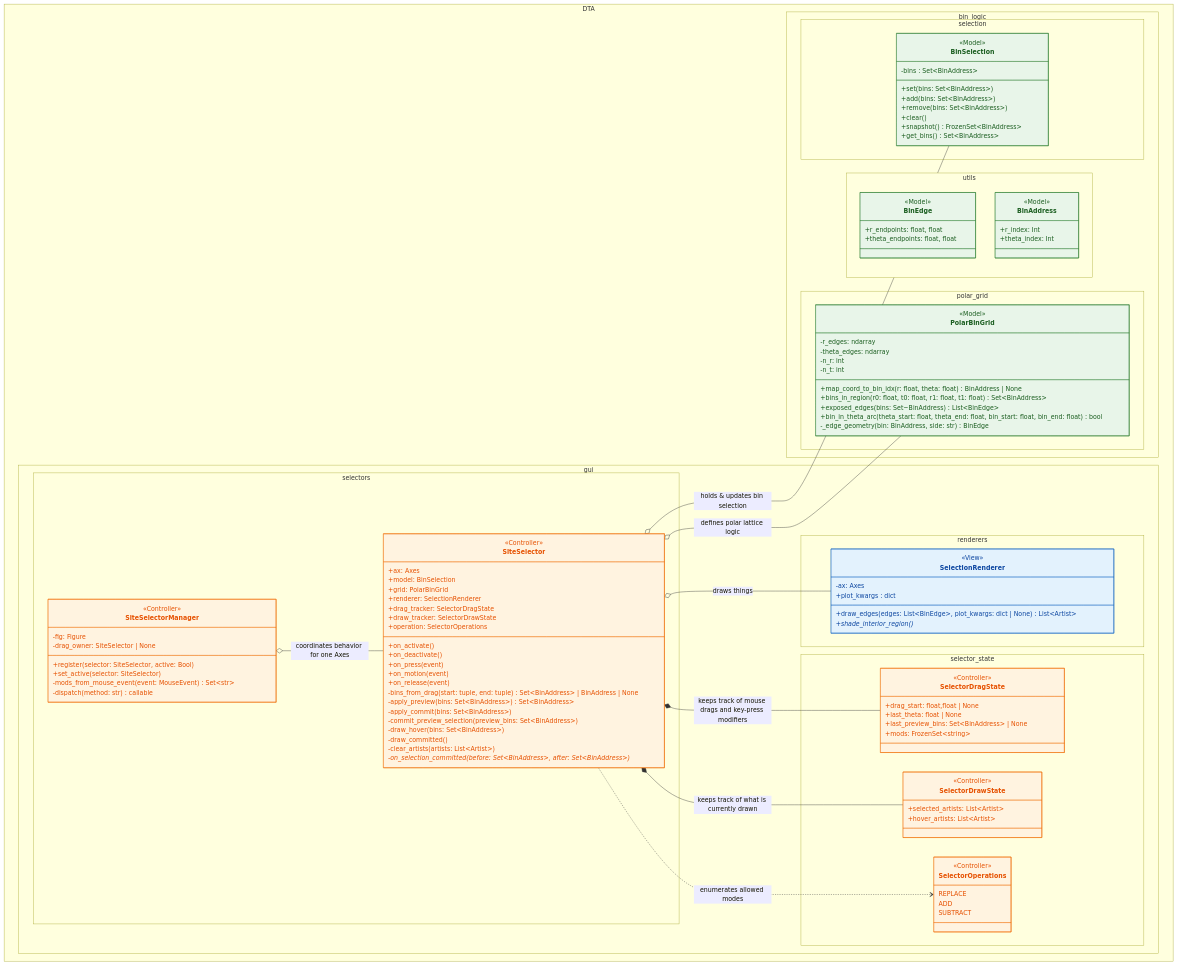
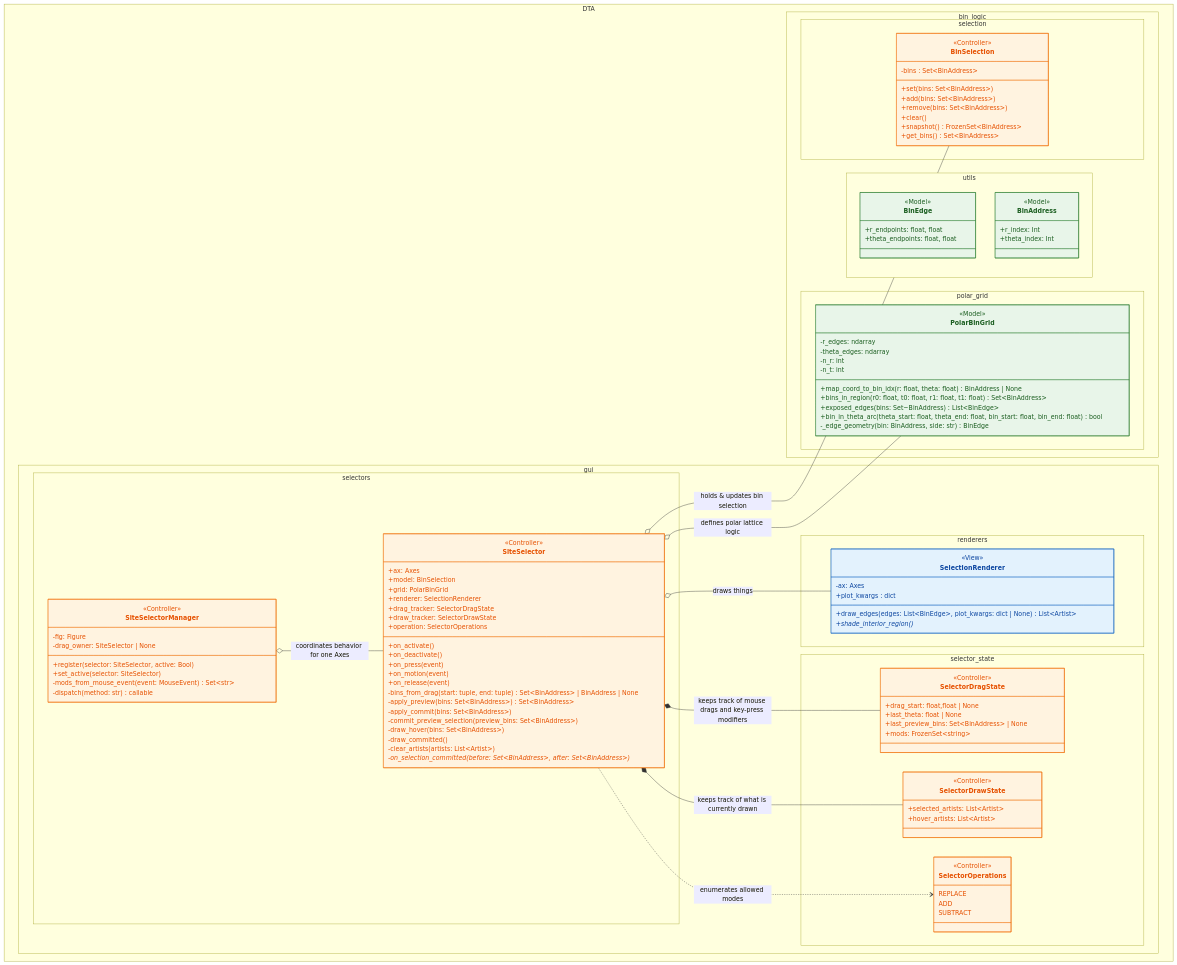
One commit to BranniganLab/density_threshold_affinity changed the first of 2 diagrams in python/dta/gui/README.md. Above: the diagram before and after it, drawn with Mermaid.

Commit message:
Add BinSelection class to controller section

```diff
--- a/python/dta/gui/README.md
+++ b/python/dta/gui/README.md
@@ -45,7 +45,6 @@
 %% MVC Stereotypes
 %% =========================
 
-class BinSelection:::model
 class PolarBinGrid:::model
 class BinEdge:::model
 class BinAddress:::model
@@ -57,8 +56,8 @@
 class SelectorDragState:::controller
 class SelectorDrawState:::controller
 class SelectorOperations:::controller
+class BinSelection:::controller
 
-<<Model>> BinSelection
 <<Model>> PolarBinGrid
 <<Model>> BinEdge
 <<Model>> BinAddress
@@ -70,6 +69,7 @@
 <<Controller>> SelectorDragState
 <<Controller>> SelectorDrawState
 <<Controller>> SelectorOperations
+<<Controller>> BinSelection
 
 
 %% =========================
```
